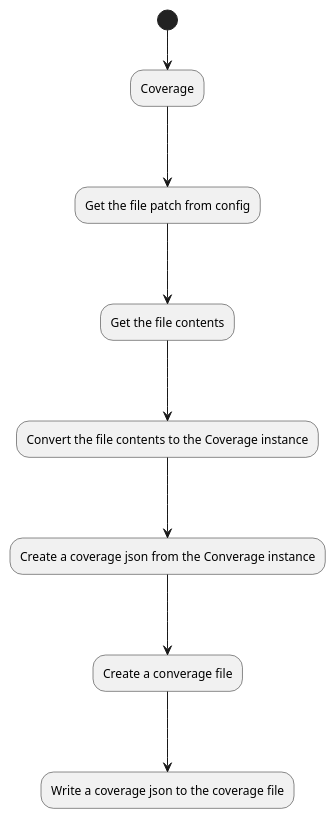
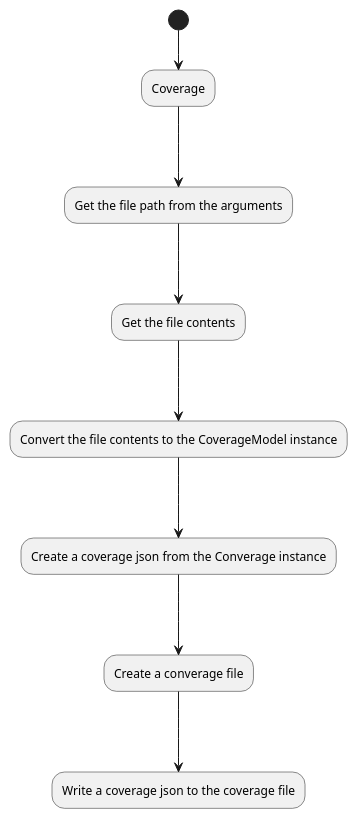
Before and after one commit to Flank/flank-dashboard: the diagram in metrics/codecov_converter/docs/diagrams/codecov_conversion_activity.puml, drawn with PlantUML. The commit also changed 2 other files, not shown here.

```diff
--- a/metrics/codecov_converter/docs/diagrams/codecov_conversion_activity.puml
+++ b/metrics/codecov_converter/docs/diagrams/codecov_conversion_activity.puml
@@ -1,11 +1,11 @@
 @startuml codecov_conversion_activity 
 
 (*) --> Coverage
----> "Get the file patch from config"
+---> "Get the file path from the arguments"
 ---> "Get the file contents"
----> "Convert the file contents to the Coverage instance"
+---> "Convert the file contents to the CoverageModel instance"
 ---> "Create a coverage json from the Converage instance"
 ---> "Create a converage file"
 ---> "Write a coverage json to the coverage file"
 
 @enduml
```
